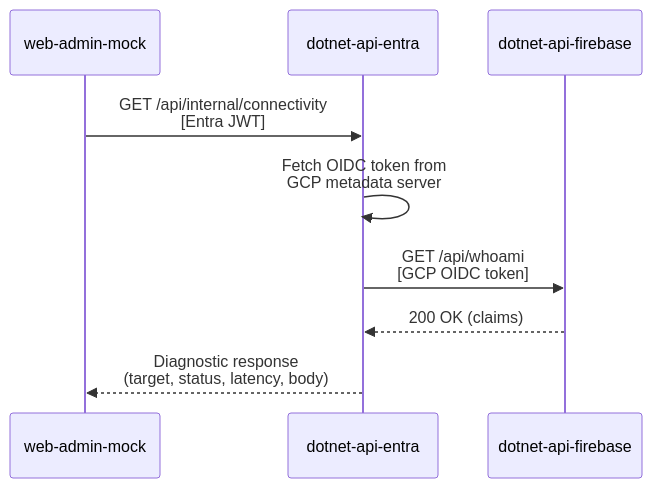
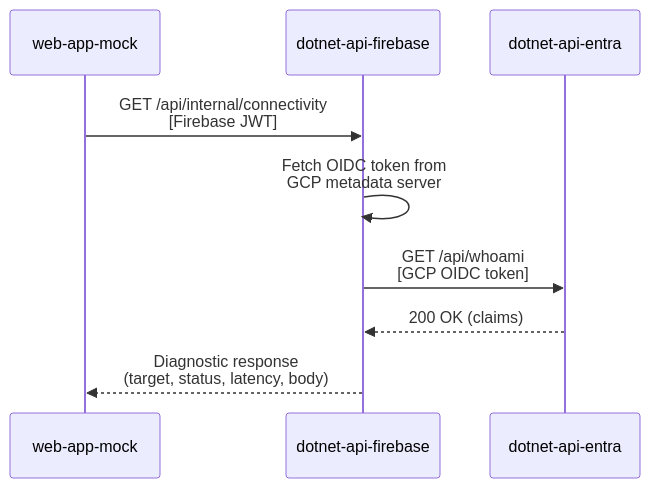
Before and after one commit to andreswebs/gcp-cloud-run-examples: the second of 2 diagrams in apps/README.md, drawn with Mermaid. The commit also changed other lines of this file and 11 other files, not shown here.

````diff
--- a/apps/README.md
+++ b/apps/README.md
@@ -42,12 +42,12 @@
 ```mermaid
 sequenceDiagram
-    participant FE as web-admin-mock
+    participant FE as web-app-mock
+    participant Firebase as dotnet-api-firebase
     participant Entra as dotnet-api-entra
-    participant Firebase as dotnet-api-firebase
 
-    FE->>Entra: GET /api/internal/connectivity<br/>[Entra JWT]
-    Entra->>Entra: Fetch OIDC token from<br/>GCP metadata server
-    Entra->>Firebase: GET /api/whoami<br/>[GCP OIDC token]
-    Firebase-->>Entra: 200 OK (claims)
-    Entra-->>FE: Diagnostic response<br/>(target, status, latency, body)
+    FE->>Firebase: GET /api/internal/connectivity<br/>[Firebase JWT]
+    Firebase->>Firebase: Fetch OIDC token from<br/>GCP metadata server
+    Firebase->>Entra: GET /api/whoami<br/>[GCP OIDC token]
+    Entra-->>Firebase: 200 OK (claims)
+    Firebase-->>FE: Diagnostic response<br/>(target, status, latency, body)
 ```
````
